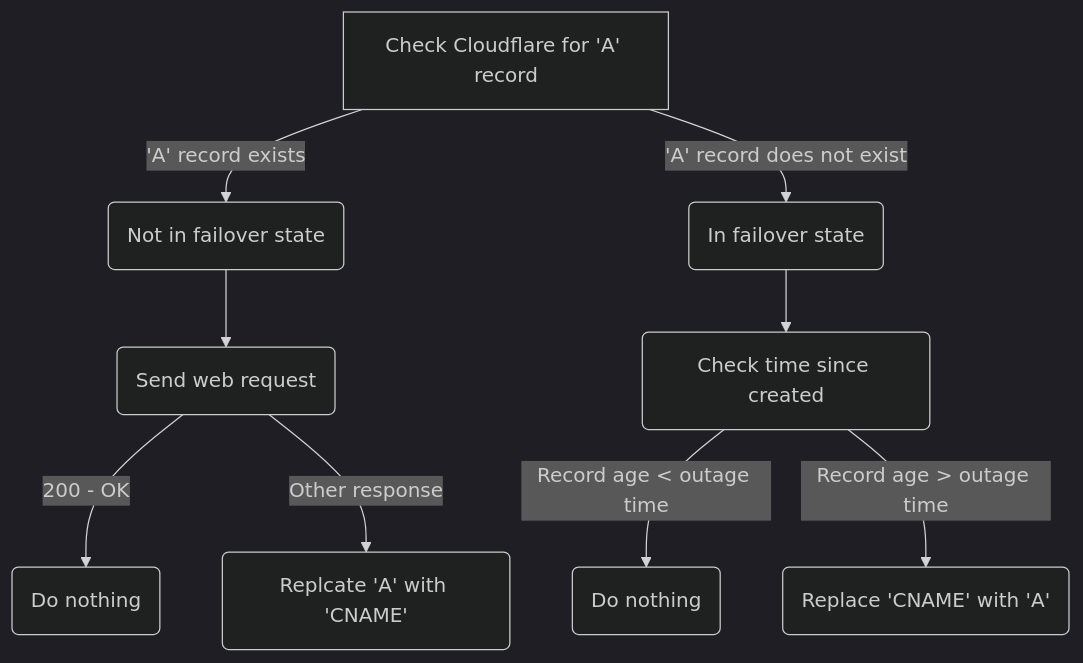
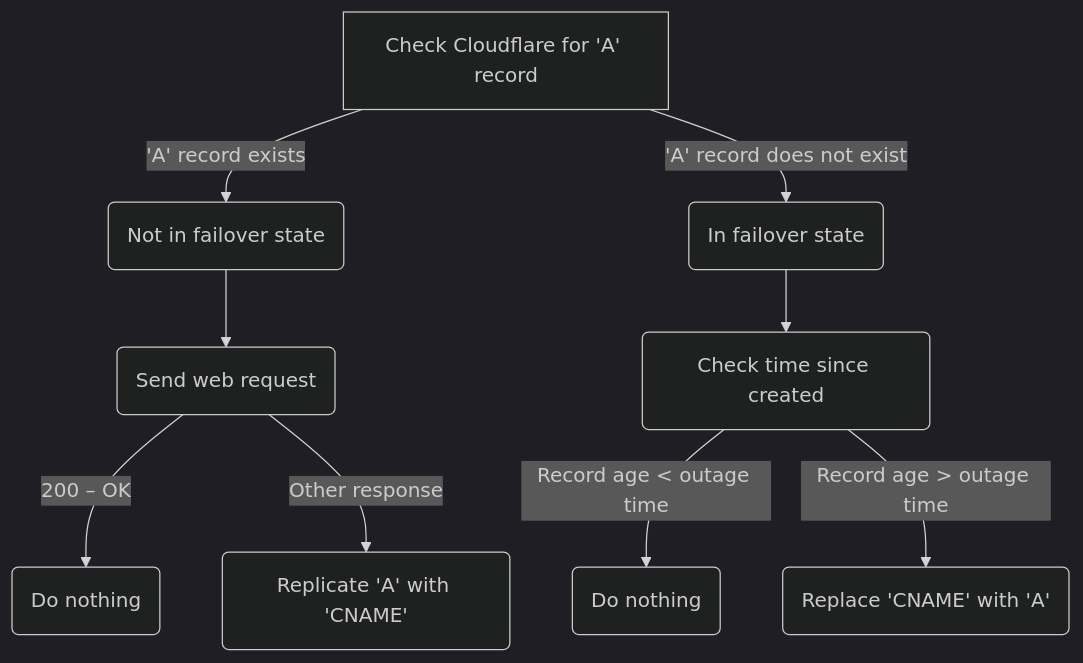
One commit to scottmckendry/blog changed the diagram in content/posts/blog-failover/index.md. Above: the diagram before and after it, drawn with Mermaid. The commit also changed other lines of this file and 8 other files, not shown here.

```diff
--- a/content/posts/blog-failover/index.md
+++ b/content/posts/blog-failover/index.md
@@ -86,12 +86,12 @@
 {{< mermaid >}}
 %%{init: {'theme':'dark'}}%%
 flowchart
     A[Check Cloudflare for 'A' record] -->|'A' record exists| B(Not in failover state)
     A -->|'A' record does not exist| C(In failover state)
     B -->D(Send web request)
     C -->E(Check time since created)
-    D -->|200 - OK| F(Do nothing)
-    D -->|Other response| G(Replcate 'A' with 'CNAME')
+    D -->|200 – OK| F(Do nothing)
+    D -->|Other response| G(Replicate 'A' with 'CNAME')
     E -->|Record age < outage time| H(Do nothing)
     E -->|Record age > outage time| I(Replace 'CNAME' with 'A')
 {{< /mermaid >}}
```
